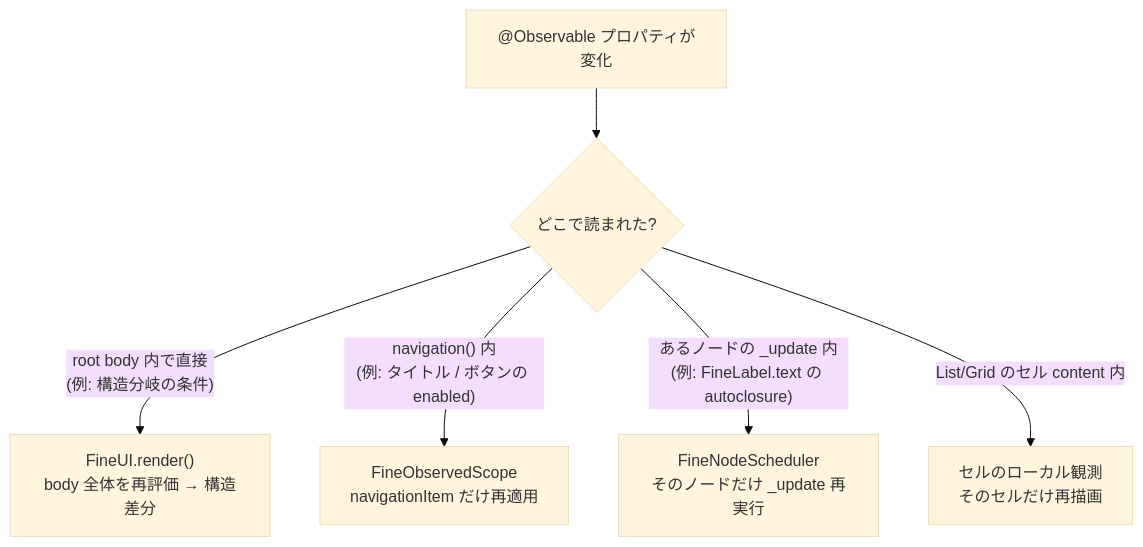
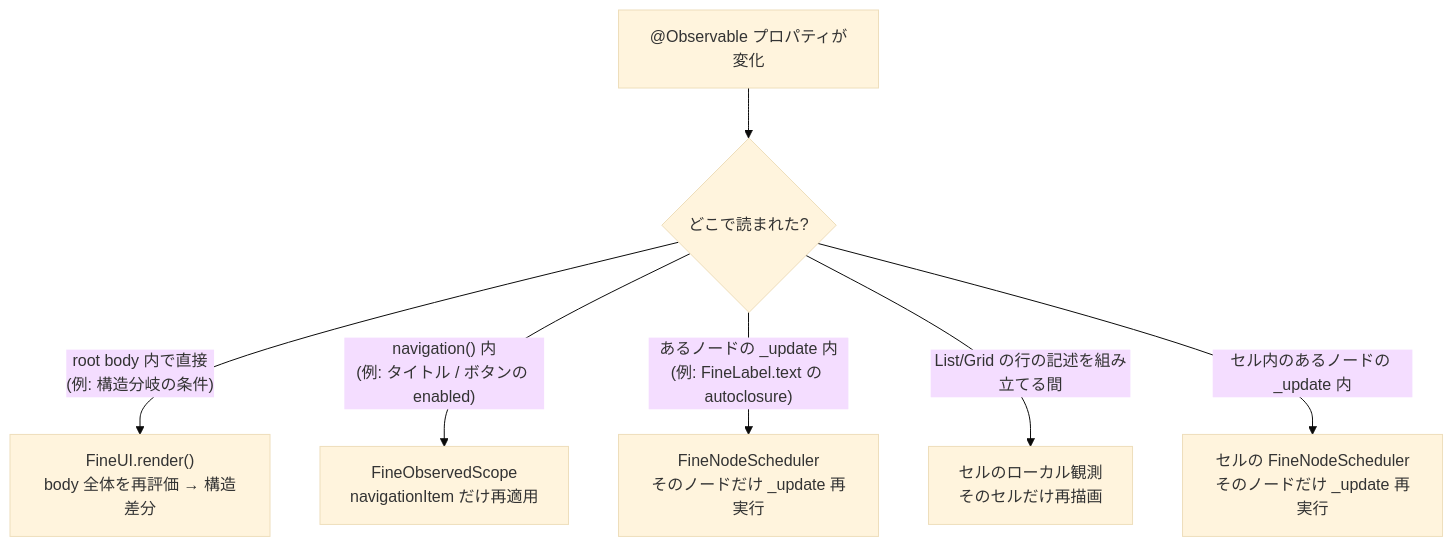
Before and after one commit to yuta24/FineUIKit: the fourth of 6 diagrams in docs/architecture.md, drawn with Mermaid (base theme). The commit also changed other lines of this file and 16 other files, not shown here.

````diff
--- a/docs/architecture.md
+++ b/docs/architecture.md
@@ -289,8 +289,9 @@
 ```mermaid
 flowchart TD
     Change["@Observable プロパティが変化"] --> Where{"どこで読まれた?"}
     Where -->|"root body 内で直接<br/>(例: 構造分岐の条件)"| Root["FineUI.render()<br/>body 全体を再評価 → 構造差分"]
     Where -->|"navigation() 内<br/>(例: タイトル / ボタンの enabled)"| Nav["FineObservedScope<br/>navigationItem だけ再適用"]
     Where -->|"あるノードの _update 内<br/>(例: FineLabel.text の autoclosure)"| Node["FineNodeScheduler<br/>そのノードだけ _update 再実行"]
-    Where -->|"List/Grid のセル content 内"| Cell["セルのローカル観測<br/>そのセルだけ再描画"]
+    Where -->|"List/Grid の行の記述を組み立てる間"| Cell["セルのローカル観測<br/>そのセルだけ再描画"]
+    Where -->|"セル内のあるノードの _update 内"| CellNode["セルの FineNodeScheduler<br/>そのノードだけ _update 再実行"]
 ```
````
